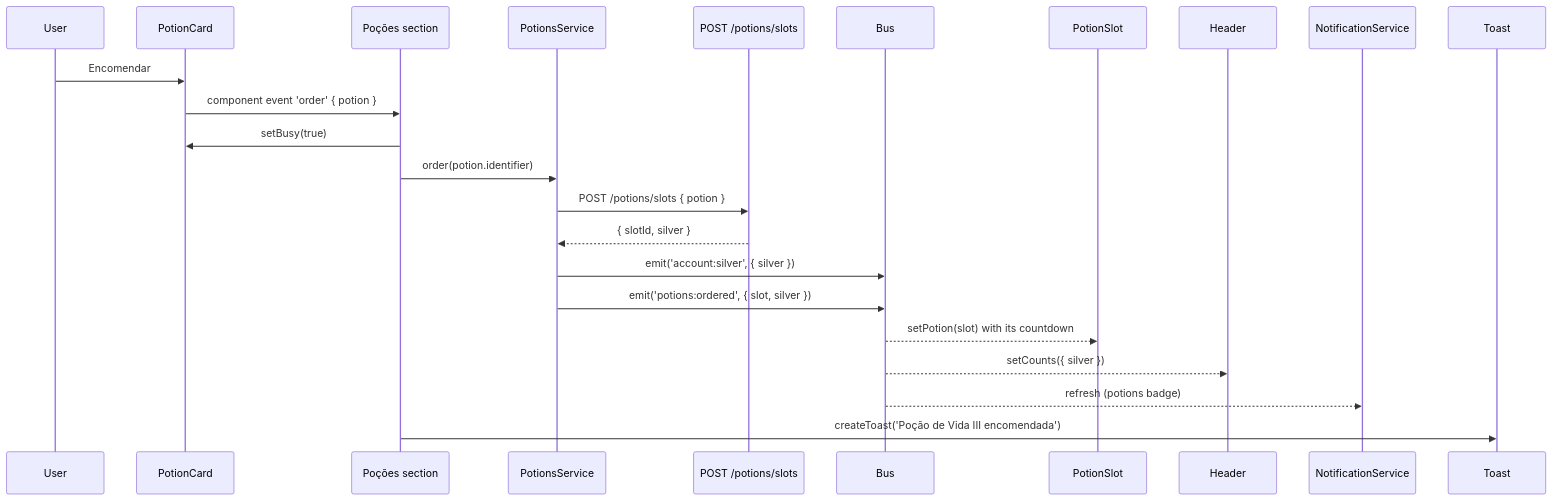
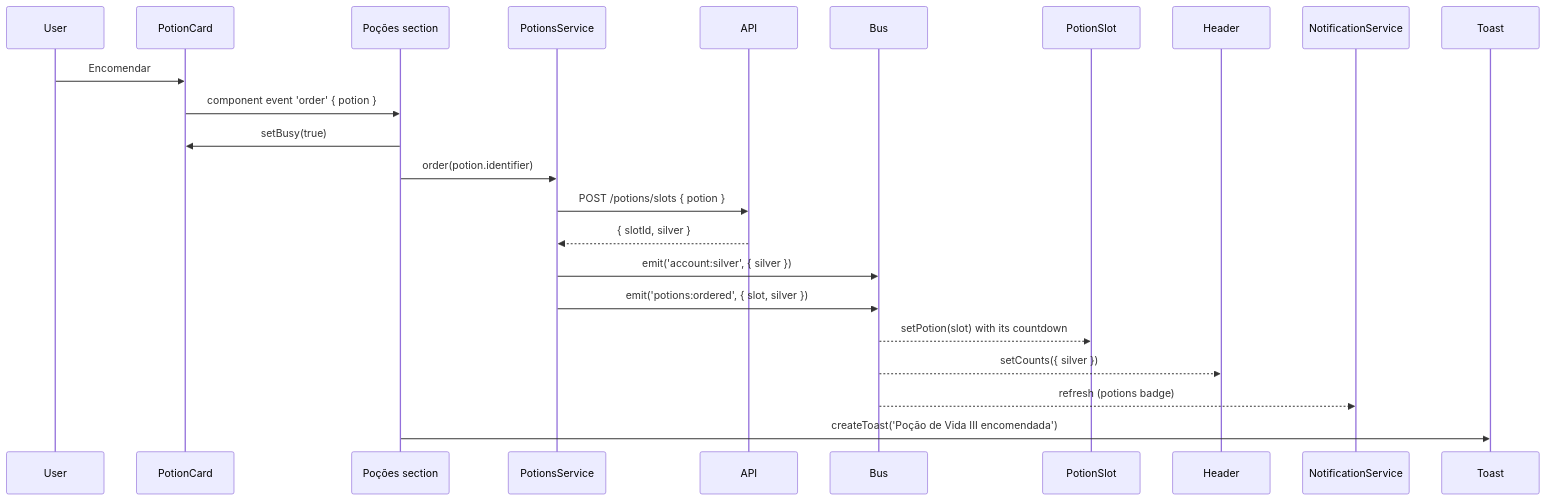
Before and after one commit to werlang/gladCode2: the seventh of 8 diagrams in docs/frontend/events.md, drawn with Mermaid. The commit also changed other lines of this file, not shown here.

Commit message:
docs: simplify the event-flow diagrams

````diff
--- a/docs/frontend/events.md
+++ b/docs/frontend/events.md
@@ -317,24 +320,24 @@
 ```mermaid
 sequenceDiagram
     participant User
     participant Card as PotionCard
     participant Section as Poções section
     participant Svc as PotionsService
-    participant API as POST /potions/slots
+    participant API
     participant Bus
     participant Slot as PotionSlot
     participant Header
     participant Notif as NotificationService
     User->>Card: Encomendar
     Card->>Section: component event 'order' { potion }
     Section->>Card: setBusy(true)
     Section->>Svc: order(potion.identifier)
     Svc->>API: POST /potions/slots { potion }
     API-->>Svc: { slotId, silver }
     Svc->>Bus: emit('account:silver', { silver })
     Svc->>Bus: emit('potions:ordered', { slot, silver })
     Bus-->>Slot: setPotion(slot) with its countdown
     Bus-->>Header: setCounts({ silver })
     Bus-->>Notif: refresh (potions badge)
     Section->>Toast: createToast('Poção de Vida III encomendada')
 ```
````
